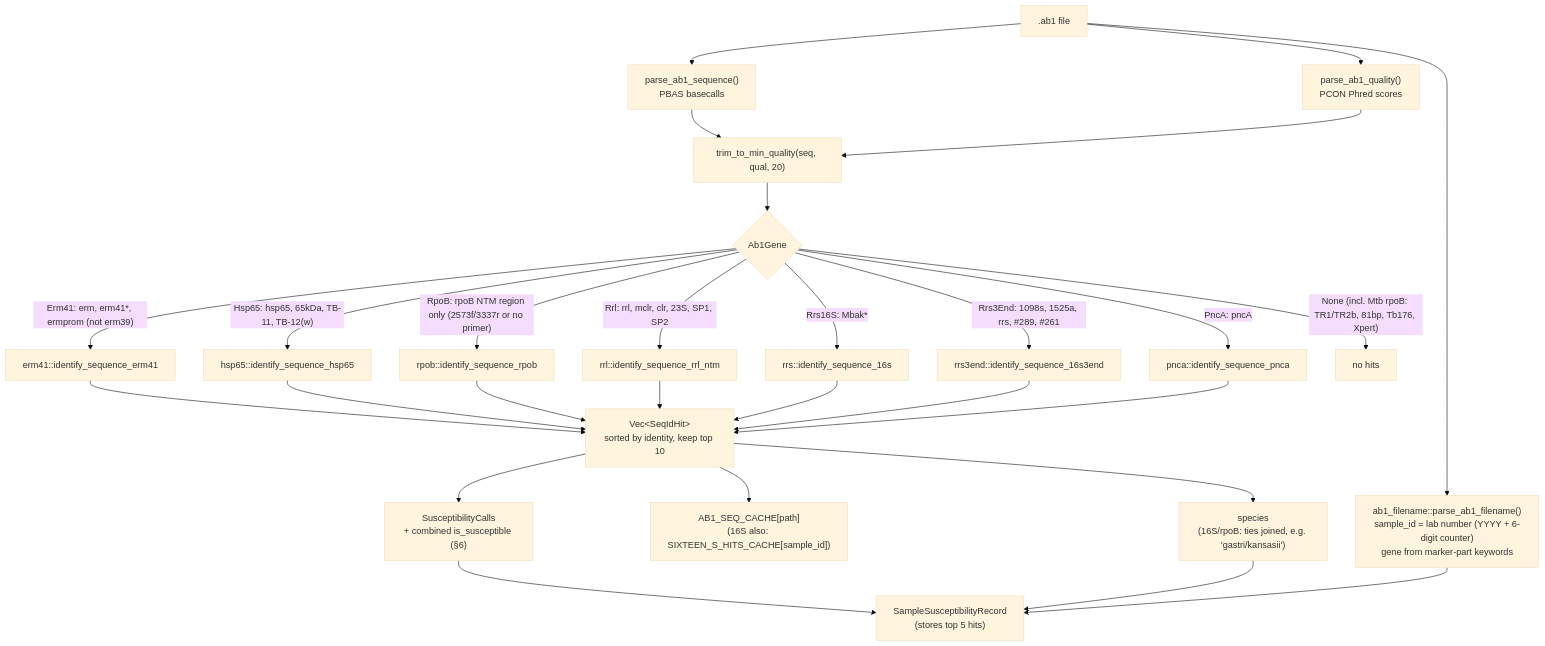
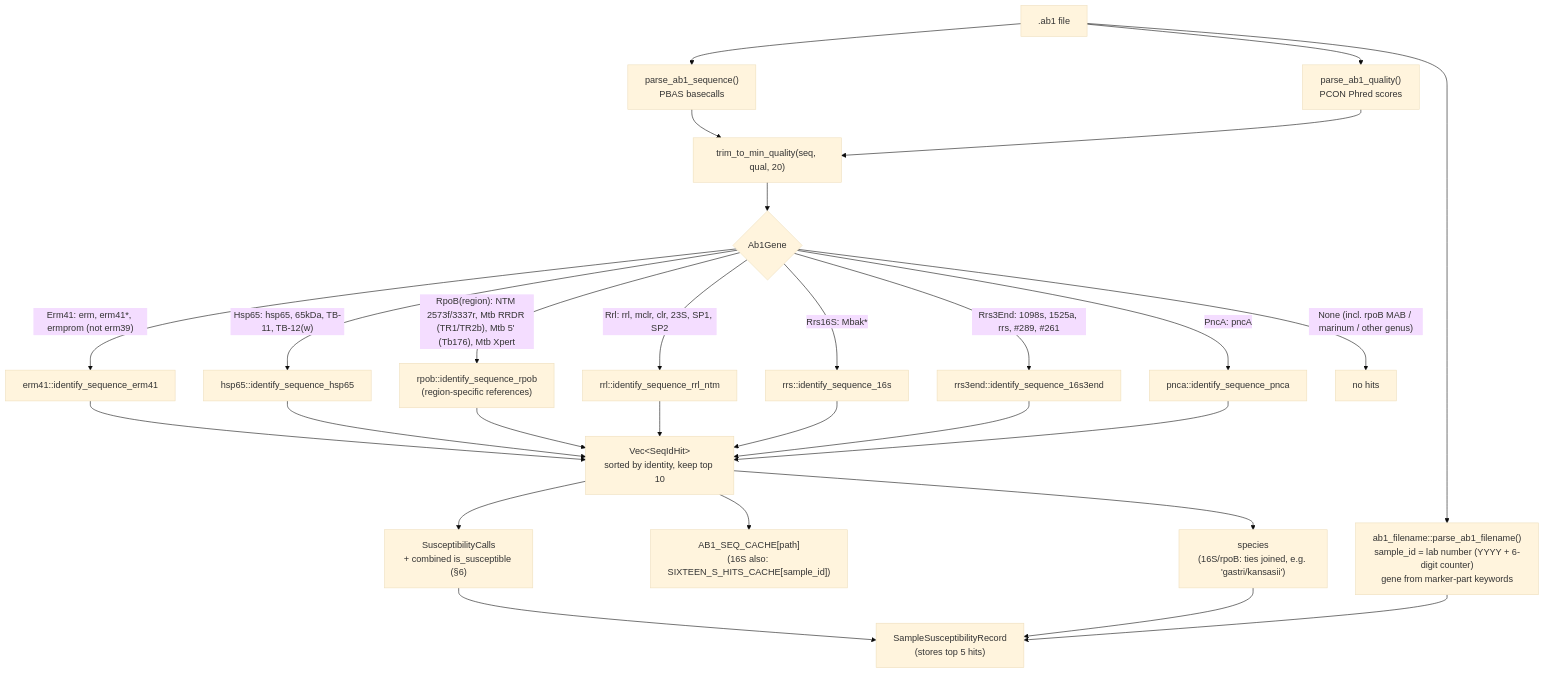
One commit to michaelmeuli/cosmic-files changed the third of 6 diagrams in src/sequencing/README.md. Above: the diagram before and after it, drawn with Mermaid (base theme). The commit also changed other lines of this file and 7 other files, not shown here.

First line of the commit message:
Route Mtb rpoB reads to region-specific amplicon references

````diff
--- a/src/sequencing/README.md
+++ b/src/sequencing/README.md
@@ -104,23 +104,23 @@
 ```mermaid
 flowchart TD
     F[".ab1 file"] --> P1["parse_ab1_sequence()<br/>PBAS basecalls"]
     F --> P2["parse_ab1_quality()<br/>PCON Phred scores"]
     P1 & P2 --> TQ["trim_to_min_quality(seq, qual, 20)"]
     F --> FN["ab1_filename::parse_ab1_filename()<br/>sample_id = lab number (YYYY + 6-digit counter)<br/>gene from marker-part keywords"]
 
     TQ --> D{"Ab1Gene"}
     D -- "Erm41: erm, erm41*, ermprom (not erm39)" --> E["erm41::identify_sequence_erm41"]
     D -- "Hsp65: hsp65, 65kDa, TB-11, TB-12(w)" --> H["hsp65::identify_sequence_hsp65"]
-    D -- "RpoB: rpoB NTM region only (2573f/3337r or no primer)" --> RP["rpob::identify_sequence_rpob"]
+    D -- "RpoB(region): NTM 2573f/3337r, Mtb RRDR (TR1/TR2b), Mtb 5' (Tb176), Mtb Xpert" --> RP["rpob::identify_sequence_rpob<br/>(region-specific references)"]
     D -- "Rrs16S: Mbak*" --> S16["rrs::identify_sequence_16s"]
     D -- "Rrs3End: 1098s, 1525a, rrs, #289, #261" --> S3["rrs3end::identify_sequence_16s3end"]
     D -- "Rrl: rrl, mclr, clr, 23S, SP1, SP2" --> RL["rrl::identify_sequence_rrl_ntm"]
     D -- "PncA: pncA" --> PN["pnca::identify_sequence_pnca"]
-    D -- "None (incl. Mtb rpoB: TR1/TR2b, 81bp, Tb176, Xpert)" --> X["no hits"]
+    D -- "None (incl. rpoB MAB / marinum / other genus)" --> X["no hits"]
 
     E & H & RP & RL & S16 & S3 & PN --> HITS["Vec&lt;SeqIdHit&gt;<br/>sorted by identity, keep top 10"]
     HITS --> MC["AB1_SEQ_CACHE[path]<br/>(16S also: SIXTEEN_S_HITS_CACHE[sample_id])"]
     HITS --> SUS["SusceptibilityCalls<br/>+ combined is_susceptible (§6)"]
     HITS --> SP["species<br/>(16S/rpoB: ties joined, e.g. 'gastri/kansasii')"]
     SUS & SP & FN --> REC["SampleSusceptibilityRecord<br/>(stores top 5 hits)"]
 ```
````
